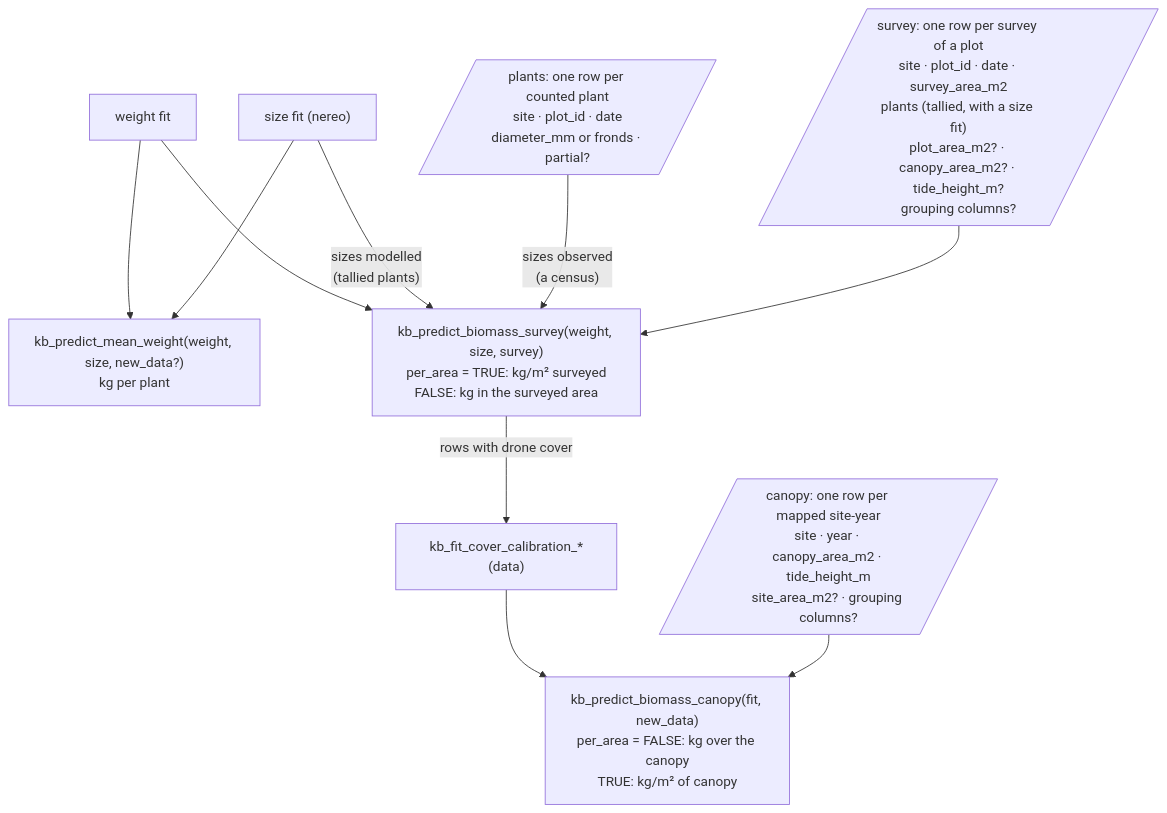
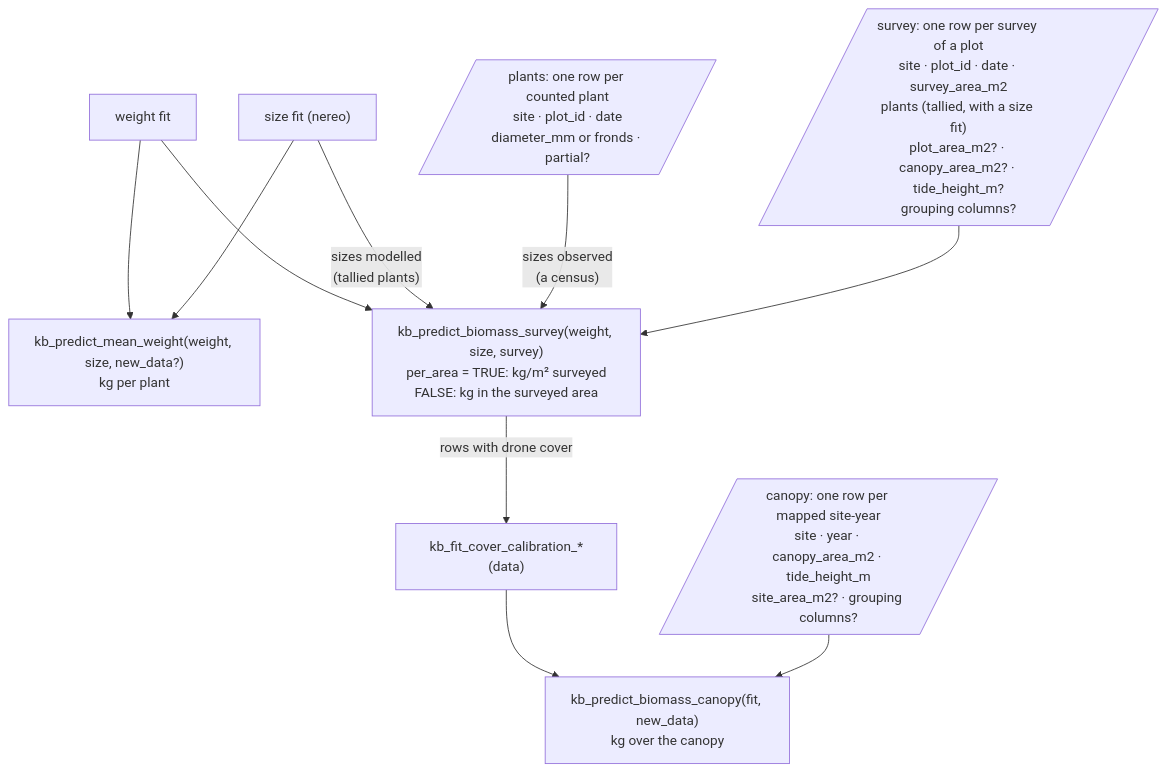
The second of 3 diagrams in decisions/architecture.md (HakaiInstitute/kelpbio), drawn with Mermaid before and after one commit. The commit also changed 12 other files, not shown here.

Commit message:
Drop per_area from canopy totals

````diff
--- a/decisions/architecture.md
+++ b/decisions/architecture.md
@@ -47,12 +47,12 @@
 ```mermaid
 flowchart TB
     FW["weight fit"] --> VMW
     FS["size fit (nereo)"] --> VMW["kb_predict_mean_weight(weight, size, new_data?)<br/>kg per plant"]
     FW --> VBP
     FS -->|"sizes modelled<br/>(tallied plants)"| VBP
     DPL[/"plants: one row per counted plant<br/>site · plot_id · date<br/>diameter_mm or fronds · partial?"/] -->|"sizes observed<br/>(a census)"| VBP
     DSU[/"survey: one row per survey of a plot<br/>site · plot_id · date · survey_area_m2<br/>plants (tallied, with a size fit)<br/>plot_area_m2? · canopy_area_m2? · tide_height_m?<br/>grouping columns?"/] --> VBP["kb_predict_biomass_survey(weight, size, survey)<br/>per_area = TRUE: kg/m² surveyed<br/>FALSE: kg in the surveyed area"]
     VBP -->|"rows with drone cover"| FCC["kb_fit_cover_calibration_*(data)"]
-    FCC --> VCA["kb_predict_biomass_canopy(fit, new_data)<br/>per_area = FALSE: kg over the canopy<br/>TRUE: kg/m² of canopy"]
+    FCC --> VCA["kb_predict_biomass_canopy(fit, new_data)<br/>kg over the canopy"]
     DCA[/"canopy: one row per mapped site-year<br/>site · year · canopy_area_m2 · tide_height_m<br/>site_area_m2? · grouping columns?"/] --> VCA
 ```
````
